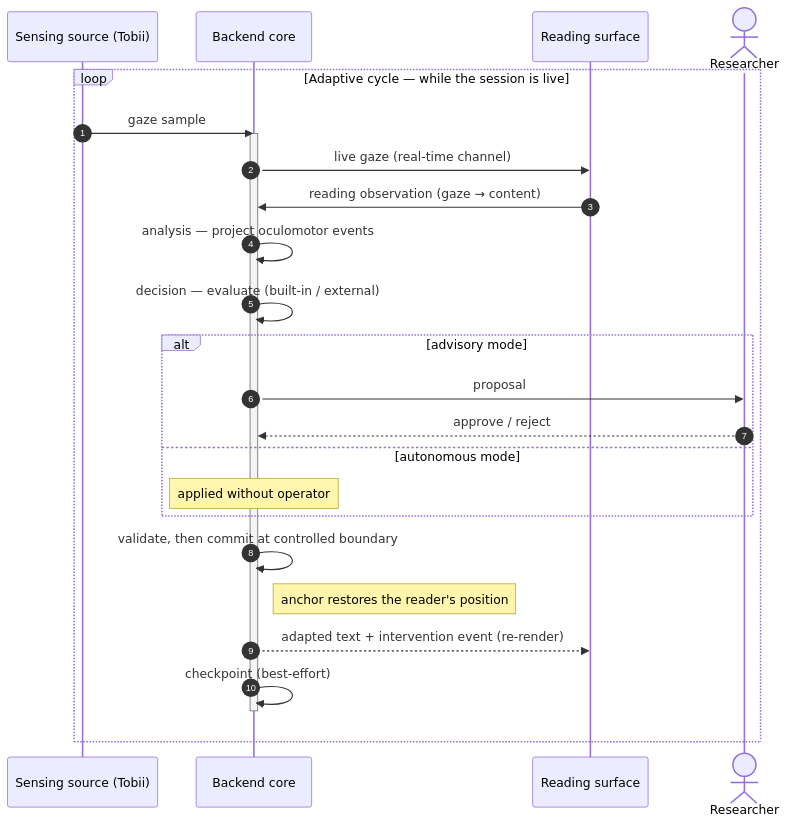
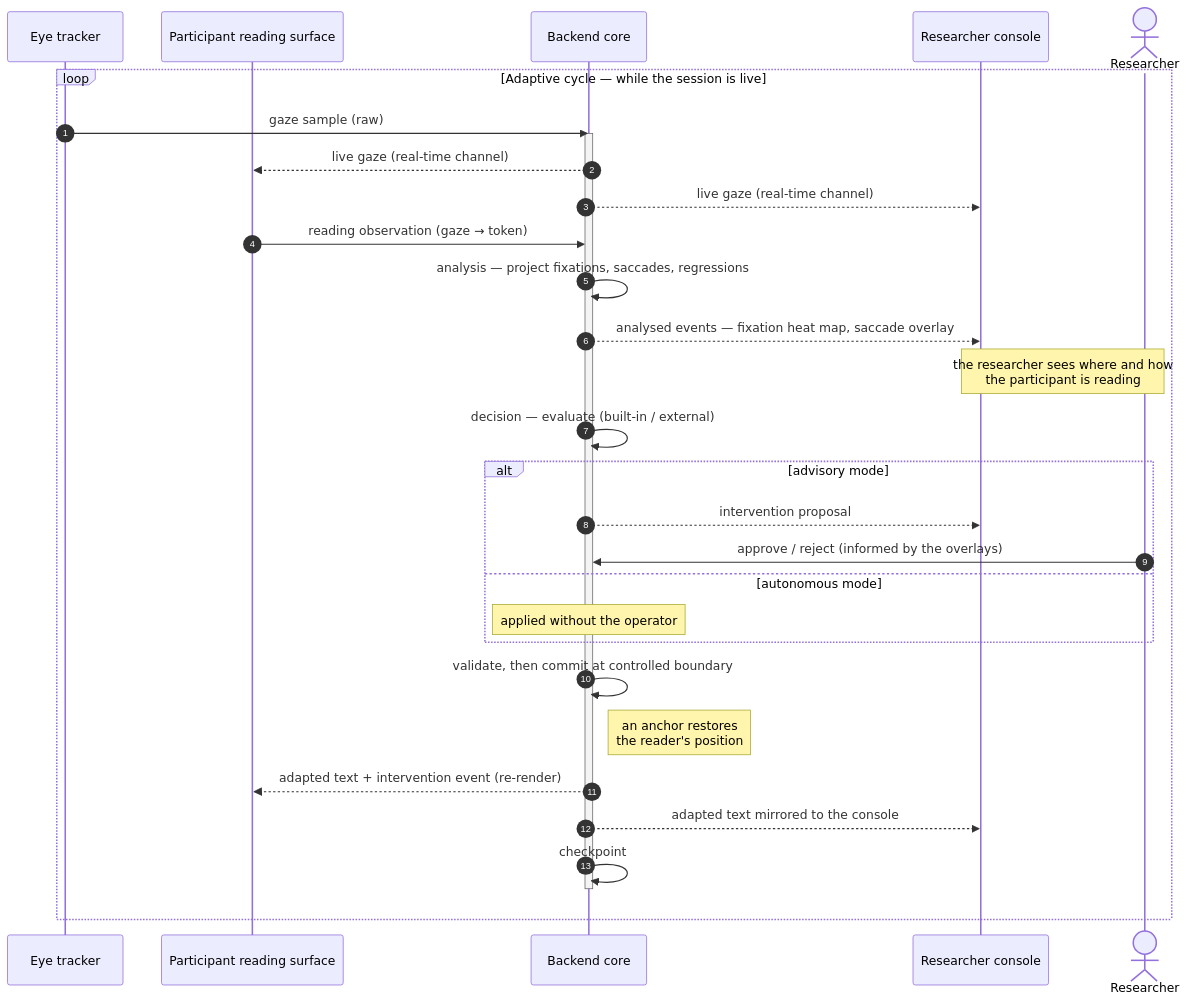
The diagram in Master-Thesis-Report/Chapters/05_SystemDesign/adaptive-loop.mmd (MrSachin7/reading-the-reader-monorepo), drawn with Mermaid before and after one commit. The commit also changed 10 other files, not shown here.

First line of the commit message:
Add schematic diagram for two-screen hero interface in system design

```diff
--- a/Master-Thesis-Report/Chapters/05_SystemDesign/adaptive-loop.mmd
+++ b/Master-Thesis-Report/Chapters/05_SystemDesign/adaptive-loop.mmd
@@ -1,28 +1,35 @@
 %% Source for Fig. 5.4 (sec:design-loop). Render to vector PDF (adaptive-loop.pdf), e.g.:
 %%   mmdc -i adaptive-loop.mmd -o adaptive-loop.pdf
+%% Two distinct front-end surfaces: the participant reading surface (text only)
+%% and the researcher console (mirror + fixation heat map + saccade overlay).
 sequenceDiagram
     autonumber
-    participant T as Sensing source (Tobii)
+    participant E as Eye tracker
+    participant P as Participant reading surface
     participant C as Backend core
-    participant R as Reading surface
+    participant M as Researcher console
     actor O as Researcher
 
     loop Adaptive cycle — while the session is live
-        T->>C: gaze sample
+        E->>C: gaze sample (raw)
         activate C
-        C->>R: live gaze (real-time channel)
-        R->>C: reading observation (gaze → content)
-        C->>C: analysis — project oculomotor events
+        C-->>P: live gaze (real-time channel)
+        C-->>M: live gaze (real-time channel)
+        P->>C: reading observation (gaze → token)
+        C->>C: analysis — project fixations, saccades, regressions
+        C-->>M: analysed events — fixation heat map, saccade overlay
+        Note over M,O: the researcher sees where and how<br/>the participant is reading
         C->>C: decision — evaluate (built-in / external)
         alt advisory mode
-            C->>O: proposal
-            O-->>C: approve / reject
+            C-->>M: intervention proposal
+            O->>C: approve / reject (informed by the overlays)
         else autonomous mode
-            Note over C: applied without operator
+            Note over C: applied without the operator
         end
         C->>C: validate, then commit at controlled boundary
-        Note right of C: anchor restores the reader's position
-        C-->>R: adapted text + intervention event (re-render)
-        C->>C: checkpoint (best-effort)
+        Note right of C: an anchor restores<br/>the reader's position
+        C-->>P: adapted text + intervention event (re-render)
+        C-->>M: adapted text mirrored to the console
+        C->>C: checkpoint
         deactivate C
     end
```
